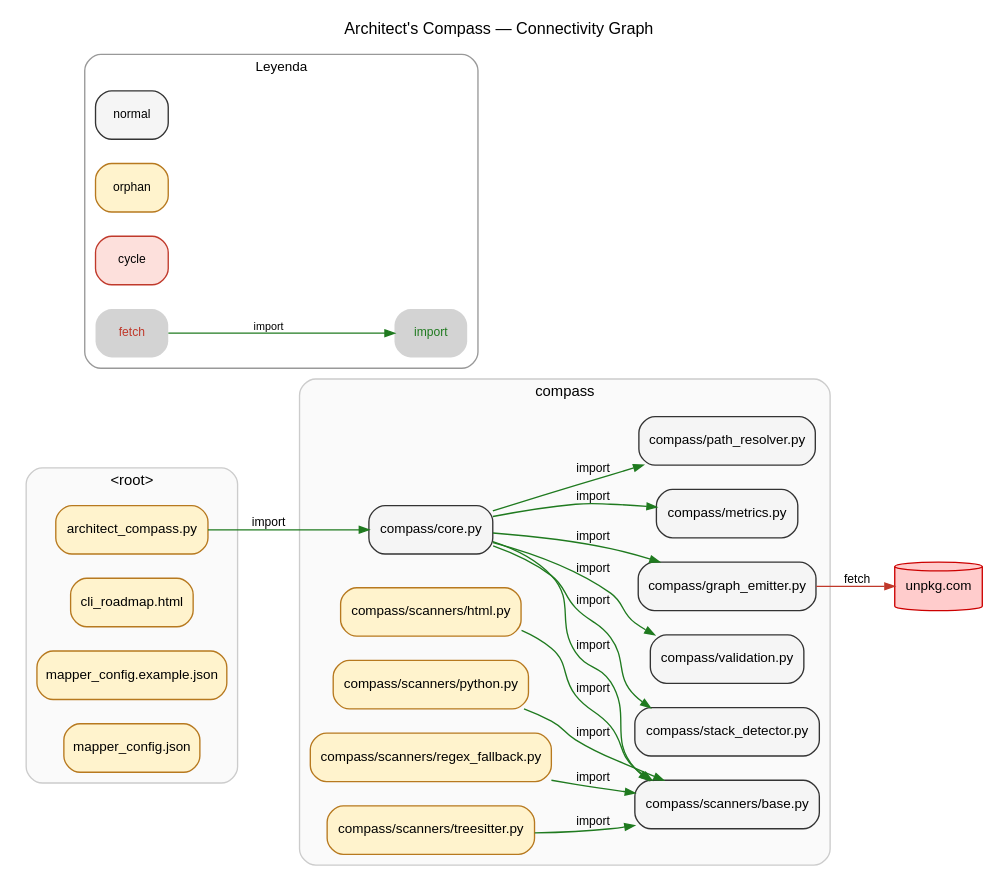
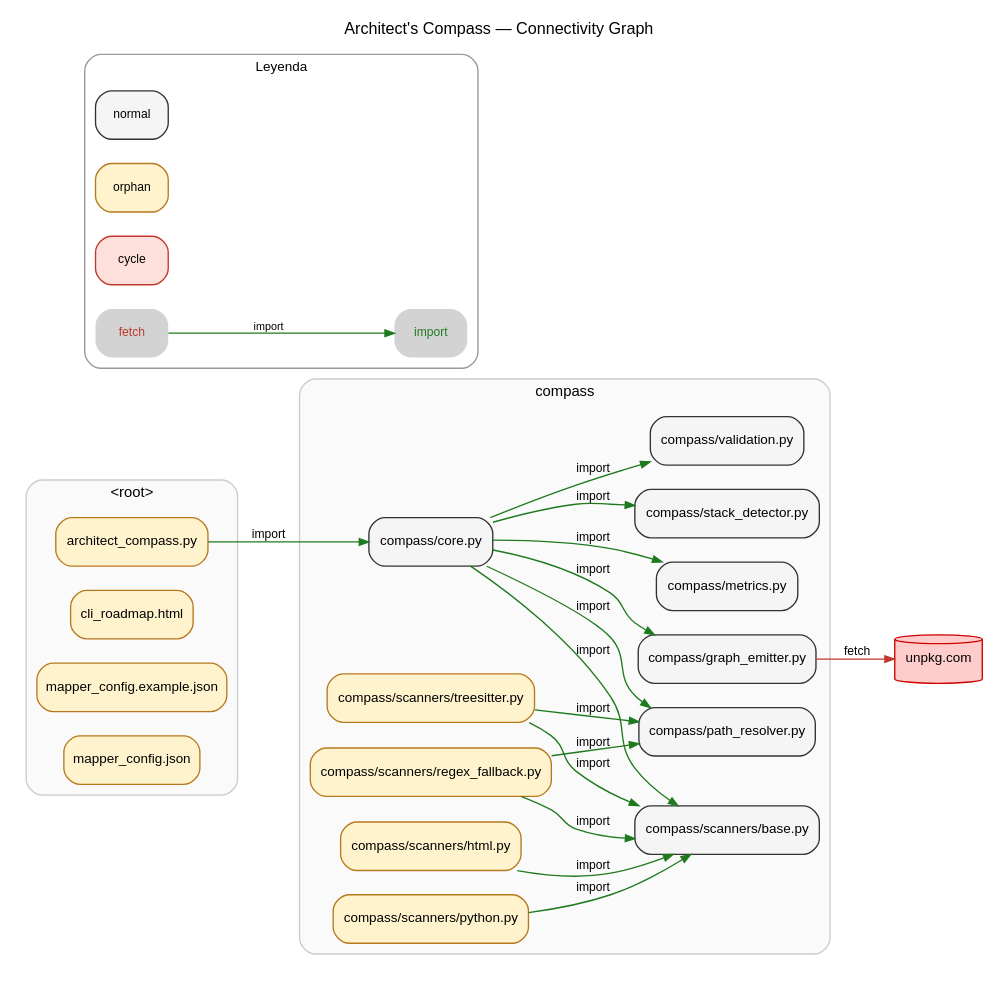
The diagram in .map/connectivity.dot (betovildoza/Architect_compass), drawn with Graphviz before and after one commit. The commit also changed 13 other files, not shown here.

```diff
--- a/.map/connectivity.dot
+++ b/.map/connectivity.dot
@@ -1,58 +1,60 @@
 digraph G {
     rankdir=LR;
     concentrate=false; compound=true;
     graph [fontname="Arial", fontsize=12, labelloc="t", label="Architect's Compass — Connectivity Graph"];
     node [style="rounded,filled", fontname="Arial", fontsize=10];
     edge [arrowsize=0.7];
     subgraph "cluster_<root>" {
         label="<root>";
         style="rounded,filled";
         fillcolor="#fafafa"; color="#cccccc";
         fontname="Arial"; fontsize=11;
         "architect_compass.py" [shape=box, fillcolor="#fff3cd", color="#b7791f"];
         "cli_roadmap.html" [shape=box, fillcolor="#fff3cd", color="#b7791f"];
         "mapper_config.example.json" [shape=box, fillcolor="#fff3cd", color="#b7791f"];
         "mapper_config.json" [shape=box, fillcolor="#fff3cd", color="#b7791f"];
     }
     subgraph "cluster_compass" {
         label="compass";
         style="rounded,filled";
         fillcolor="#fafafa"; color="#cccccc";
         fontname="Arial"; fontsize=11;
         "compass/core.py" [shape=box, fillcolor="#f5f5f5", color="#333333"];
         "compass/graph_emitter.py" [shape=box, fillcolor="#f5f5f5", color="#333333"];
         "compass/metrics.py" [shape=box, fillcolor="#f5f5f5", color="#333333"];
         "compass/path_resolver.py" [shape=box, fillcolor="#f5f5f5", color="#333333"];
         "compass/scanners/base.py" [shape=box, fillcolor="#f5f5f5", color="#333333"];
         "compass/scanners/html.py" [shape=box, fillcolor="#fff3cd", color="#b7791f"];
         "compass/scanners/python.py" [shape=box, fillcolor="#fff3cd", color="#b7791f"];
         "compass/scanners/regex_fallback.py" [shape=box, fillcolor="#fff3cd", color="#b7791f"];
         "compass/scanners/treesitter.py" [shape=box, fillcolor="#fff3cd", color="#b7791f"];
         "compass/stack_detector.py" [shape=box, fillcolor="#f5f5f5", color="#333333"];
         "compass/validation.py" [shape=box, fillcolor="#f5f5f5", color="#333333"];
     }
     "[EXTERNAL:unpkg.com]" [label="unpkg.com", shape=cylinder, style=filled, fillcolor="#ffcccc", color="#cc0000", fontname="Arial"];
     "architect_compass.py" -> "compass/core.py" [label="import", color="#1f7a1f", fontname="Arial", fontsize=9];
     "compass/core.py" -> "compass/graph_emitter.py" [label="import", color="#1f7a1f", fontname="Arial", fontsize=9];
     "compass/core.py" -> "compass/metrics.py" [label="import", color="#1f7a1f", fontname="Arial", fontsize=9];
     "compass/core.py" -> "compass/path_resolver.py" [label="import", color="#1f7a1f", fontname="Arial", fontsize=9];
     "compass/core.py" -> "compass/scanners/base.py" [label="import", color="#1f7a1f", fontname="Arial", fontsize=9];
     "compass/core.py" -> "compass/stack_detector.py" [label="import", color="#1f7a1f", fontname="Arial", fontsize=9];
     "compass/core.py" -> "compass/validation.py" [label="import", color="#1f7a1f", fontname="Arial", fontsize=9];
     "compass/graph_emitter.py" -> "[EXTERNAL:unpkg.com]" [label="fetch", color="#c0392b", fontname="Arial", fontsize=9];
     "compass/scanners/html.py" -> "compass/scanners/base.py" [label="import", color="#1f7a1f", fontname="Arial", fontsize=9];
     "compass/scanners/python.py" -> "compass/scanners/base.py" [label="import", color="#1f7a1f", fontname="Arial", fontsize=9];
+    "compass/scanners/regex_fallback.py" -> "compass/path_resolver.py" [label="import", color="#1f7a1f", fontname="Arial", fontsize=9];
     "compass/scanners/regex_fallback.py" -> "compass/scanners/base.py" [label="import", color="#1f7a1f", fontname="Arial", fontsize=9];
+    "compass/scanners/treesitter.py" -> "compass/path_resolver.py" [label="import", color="#1f7a1f", fontname="Arial", fontsize=9];
     "compass/scanners/treesitter.py" -> "compass/scanners/base.py" [label="import", color="#1f7a1f", fontname="Arial", fontsize=9];
     subgraph "cluster_legend" {
         label="Leyenda"; style="rounded,filled";
         fillcolor="#ffffff"; color="#999999";
         fontname="Arial"; fontsize=10; rank=sink;
         "_legend_node_normal" [label="normal", fillcolor="#f5f5f5", color="#333333", shape=box, style="rounded,filled", fontname="Arial", fontsize=9];
         "_legend_node_orphan" [label="orphan", fillcolor="#fff3cd", color="#b7791f", shape=box, style="rounded,filled", fontname="Arial", fontsize=9];
         "_legend_node_cycle" [label="cycle", fillcolor="#fde0dc", color="#c0392b", shape=box, style="rounded,filled", fontname="Arial", fontsize=9];
         "_legend_edge_fetch" [label="fetch", shape=plaintext, fontname="Arial", fontsize=9, fontcolor="#c0392b"];
         "_legend_edge_import" [label="import", shape=plaintext, fontname="Arial", fontsize=9, fontcolor="#1f7a1f"];
         "_legend_edge_fetch" -> "_legend_edge_import" [color="#1f7a1f", label="import", fontname="Arial", fontsize=8];
     }
 }
```
